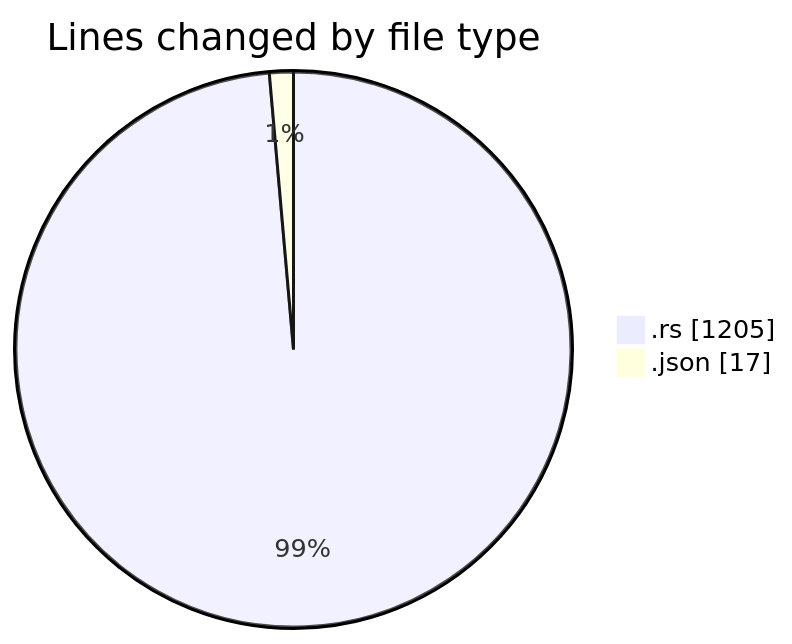
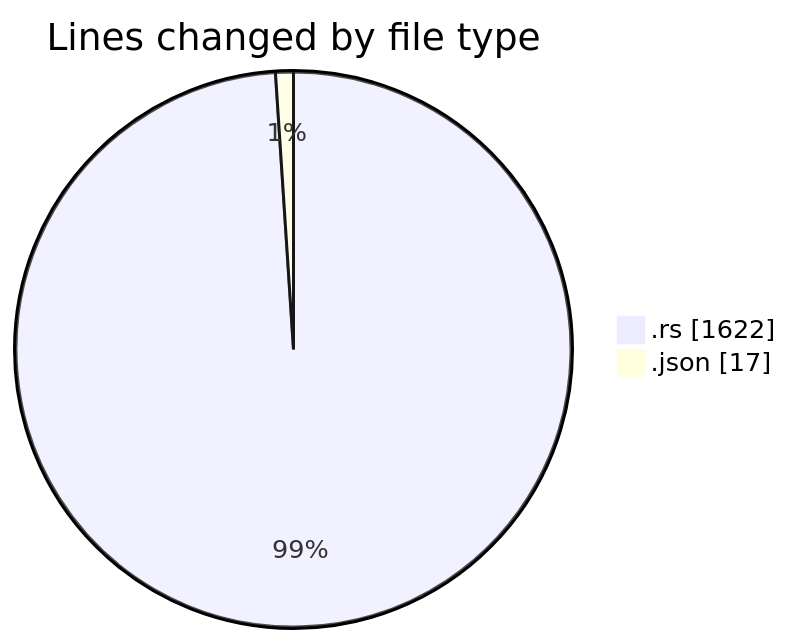
One commit to Ritupan-Deka/code-tracking changed the first of 2 diagrams in 2025-12-28/rust/README.md. Above: the diagram before and after it, drawn with Mermaid. The commit also changed other lines of this file and 1 other file, not shown here.

````diff
--- a/2025-12-28/rust/README.md
+++ b/2025-12-28/rust/README.md
@@ -21,6 +21,6 @@
 ```mermaid
 pie showData
 title Lines changed by file type
-".rs" : 1205
+".rs" : 1622
 ".json" : 17
 ```
````
